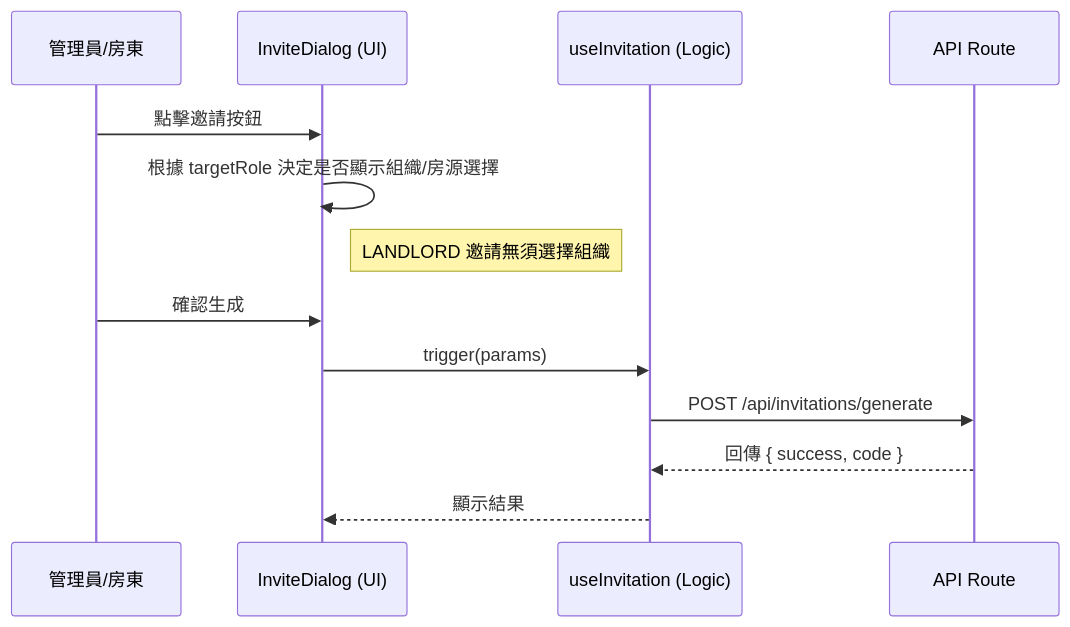
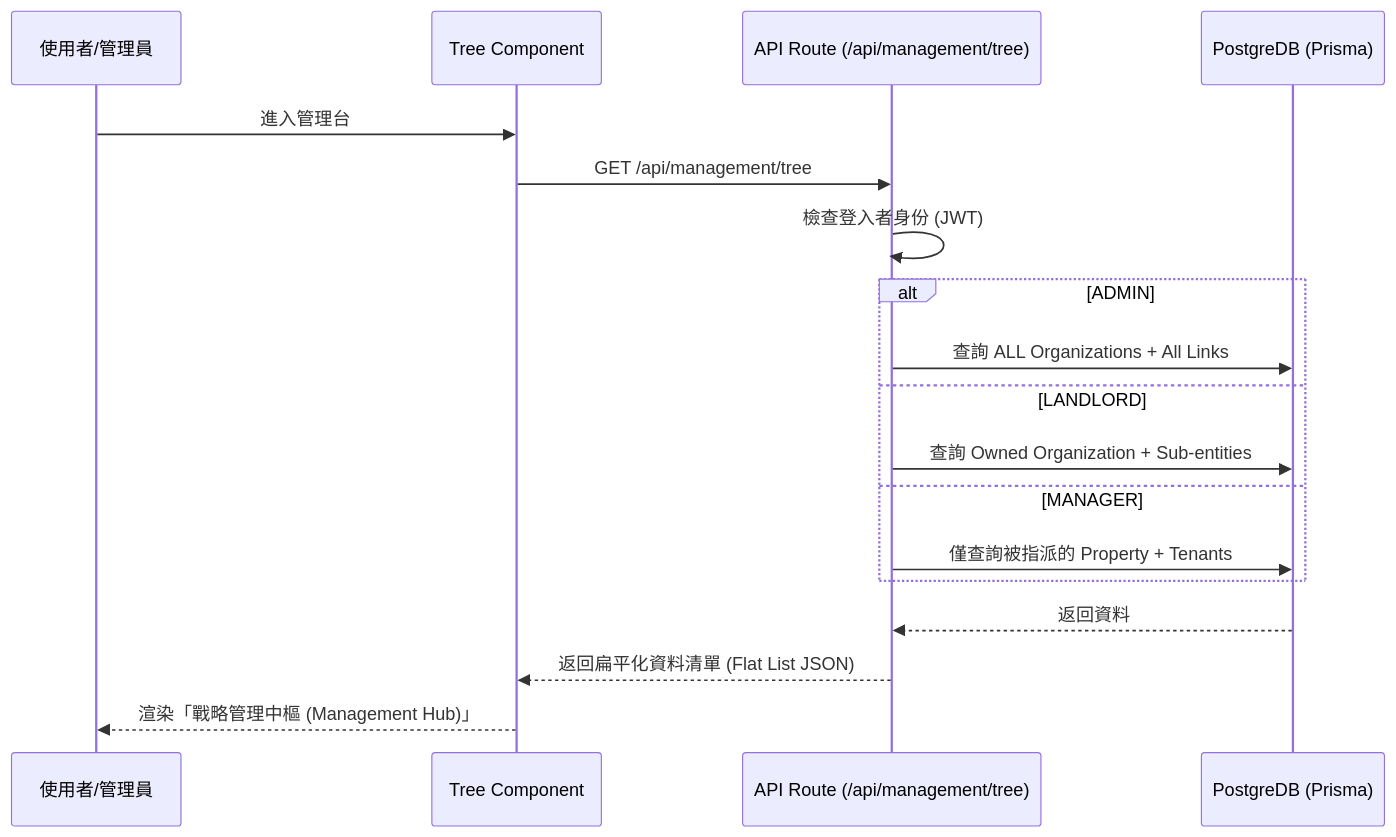
Before and after one commit to Hero935/PrimeStay: the first of 2 diagrams in spec.md, drawn with Mermaid. The commit also changed other lines of this file and 22 other files, not shown here.

````diff
--- a/spec.md
+++ b/spec.md
@@ -67,16 +46,21 @@
 ```mermaid
 sequenceDiagram
-    participant User as 管理員/房東
-    participant Dialog as InviteDialog (UI)
-    participant Hook as useInvitation (Logic)
-    participant API as API Route
-
-    User->>Dialog: 點擊邀請按鈕
-    Dialog->>Dialog: 根據 targetRole 決定是否顯示組織/房源選擇
-    Note right of Dialog: LANDLORD 邀請無須選擇組織
-    User->>Dialog: 確認生成
-    Dialog->>Hook: trigger(params)
-    Hook->>API: POST /api/invitations/generate
-    API-->>Hook: 回傳 { success, code }
-    Hook-->>Dialog: 顯示結果
+    participant User as 使用者/管理員
+    participant Tree as Tree Component
+    participant API as API Route (/api/management/tree)
+    participant DB as PostgreDB (Prisma)
+    
+    User->>Tree: 進入管理台
+    Tree->>API: GET /api/management/tree
+    API->>API: 檢查登入者身份 (JWT)
+    alt ADMIN
+        API->>DB: 查詢 ALL Organizations + All Links
+    else LANDLORD
+        API->>DB: 查詢 Owned Organization + Sub-entities
+    else MANAGER
+        API->>DB: 僅查詢被指派的 Property + Tenants
+    end
+    DB-->>API: 返回資料
+    API-->>Tree: 返回扁平化資料清單 (Flat List JSON)
+    Tree-->>User: 渲染「戰略管理中樞 (Management Hub)」
 ```
````
